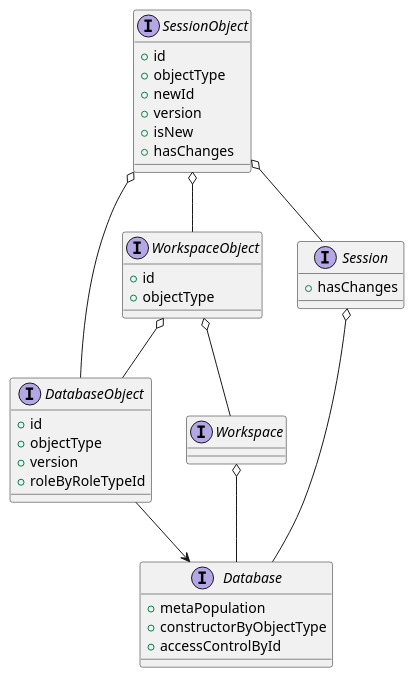
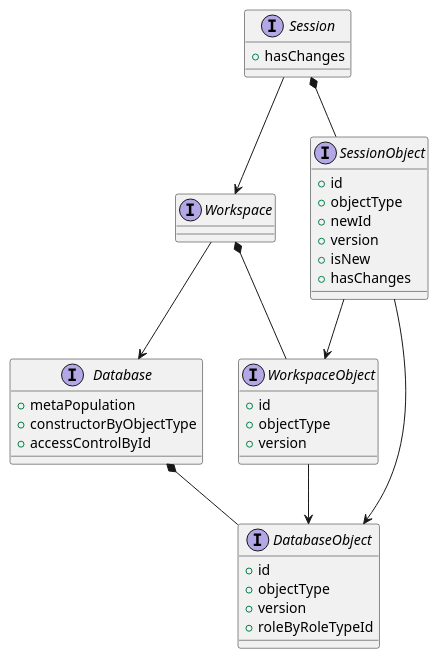
The diagram in Platform/Workspace/Typescript/libs/domain/system/src/overview.puml (allors/allors3), drawn with PlantUML before and after one commit. The commit also changed 34 other files, not shown here.

```diff
--- a/Platform/Workspace/Typescript/libs/domain/system/src/overview.puml
+++ b/Platform/Workspace/Typescript/libs/domain/system/src/overview.puml
@@ -1,51 +1,52 @@
 @startuml overview
 
 ' Database
 '---------
 interface Database {
     +metaPopulation
     +constructorByObjectType
     +accessControlById
 }
+Database *-- DatabaseObject
 
 interface DatabaseObject {
     +id
     +objectType
     +version
     +roleByRoleTypeId
 }
-DatabaseObject --> Database
 
 ' Workspace
 '---------
 interface Workspace {
 }
-Workspace o-- Database
+Workspace --> Database
+Workspace *-- WorkspaceObject
 
 interface WorkspaceObject {
     +id
     +objectType
+    +version
 }
-WorkspaceObject o-- Workspace
-WorkspaceObject o-- DatabaseObject
+WorkspaceObject --> DatabaseObject
 
 ' Session
 '---------
 interface Session {
     +hasChanges
 }
-Session o-- Database
+Session --> Workspace
+Session *-- SessionObject
 
 interface SessionObject {
     +id
     +objectType
     +newId
     +version
     +isNew
     +hasChanges
 }
-SessionObject o-- Session
-SessionObject o-- WorkspaceObject
-SessionObject o-- DatabaseObject
+SessionObject --> WorkspaceObject
+SessionObject --> DatabaseObject
 
 @enduml
```
